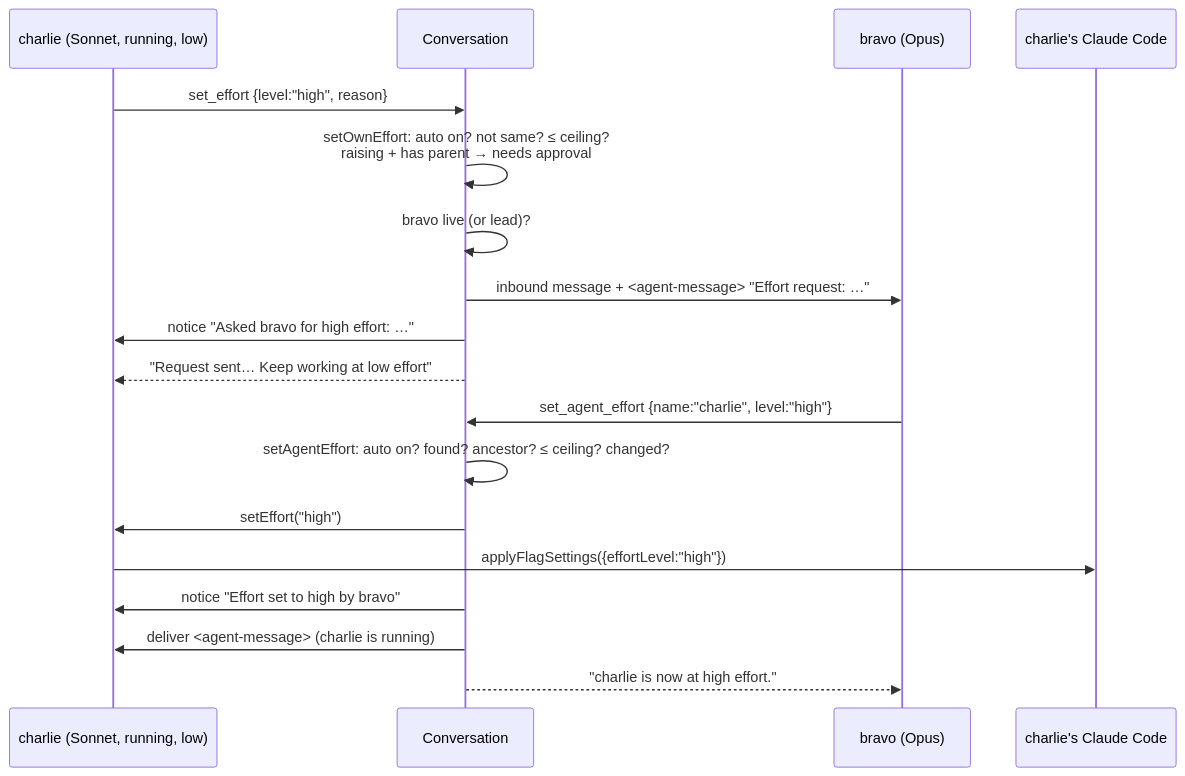
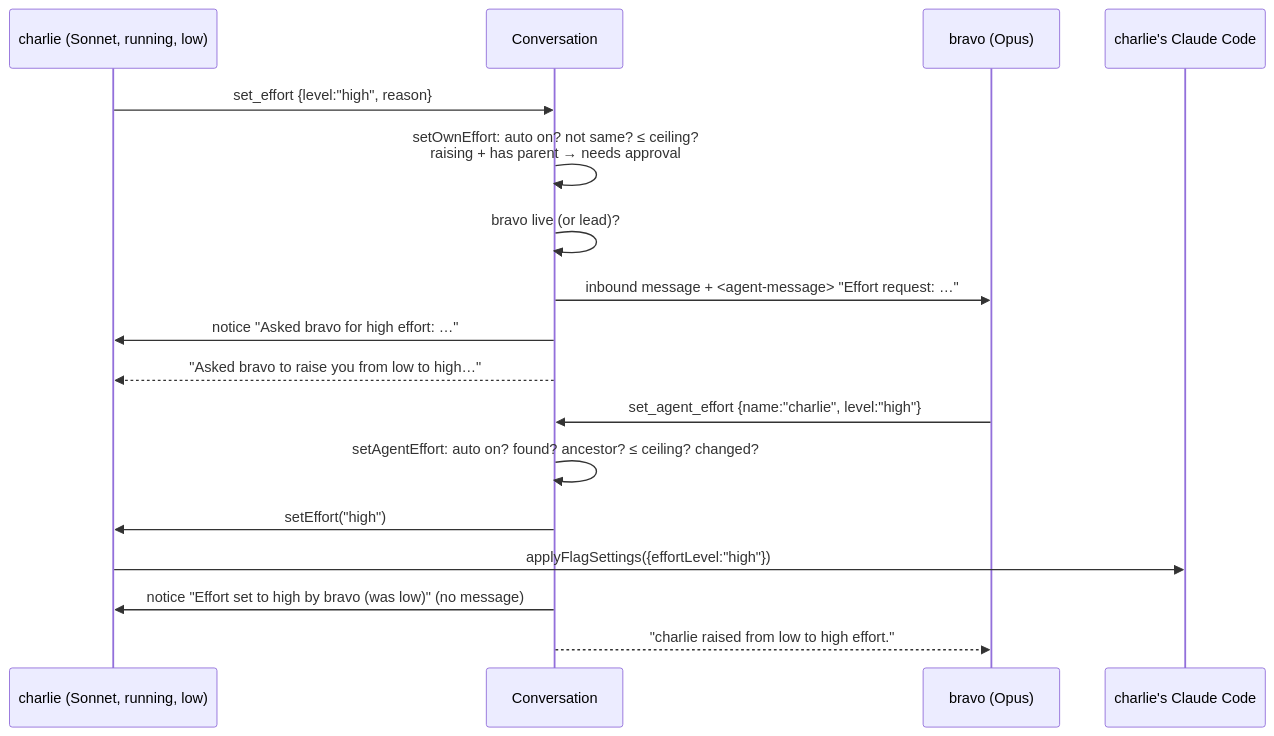
The diagram in docs/wiki/Walkthrough-Effort-Request.md (Luxorium/masthead), drawn with Mermaid before and after one commit. The commit also changed other lines of this file and 71 other files, not shown here.

````diff
--- a/docs/wiki/Walkthrough-Effort-Request.md
+++ b/docs/wiki/Walkthrough-Effort-Request.md
@@ -7,20 +7,19 @@
 ```mermaid
 sequenceDiagram
   participant P as charlie (Sonnet, running, low)
   participant C as Conversation
   participant R as bravo (Opus)
   participant PCC as charlie's Claude Code
   P->>C: set_effort {level:"high", reason}
   C->>C: setOwnEffort: auto on? not same? ≤ ceiling?<br/>raising + has parent → needs approval
   C->>C: bravo live (or lead)?
   C->>R: inbound message + <agent-message> "Effort request: …"
   C->>P: notice "Asked bravo for high effort: …"
-  C-->>P: "Request sent… Keep working at low effort"
+  C-->>P: "Asked bravo to raise you from low to high…"
   R->>C: set_agent_effort {name:"charlie", level:"high"}
   C->>C: setAgentEffort: auto on? found? ancestor? ≤ ceiling? changed?
   C->>P: setEffort("high")
   P->>PCC: applyFlagSettings({effortLevel:"high"})
-  C->>P: notice "Effort set to high by bravo"
-  C->>P: deliver <agent-message> (charlie is running)
-  C-->>R: "charlie is now at high effort."
+  C->>P: notice "Effort set to high by bravo (was low)" (no message)
+  C-->>R: "charlie raised from low to high effort."
 ```
````
